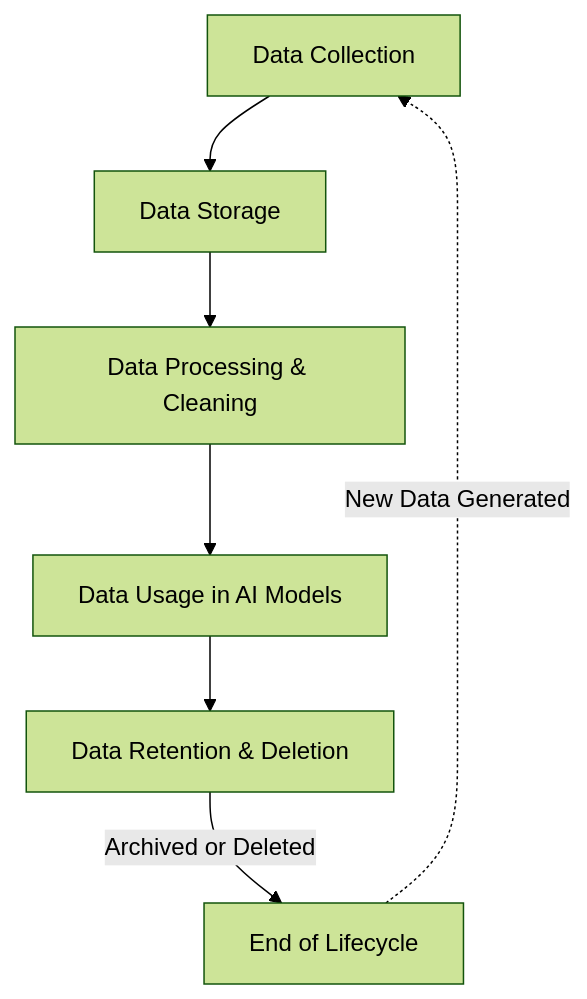
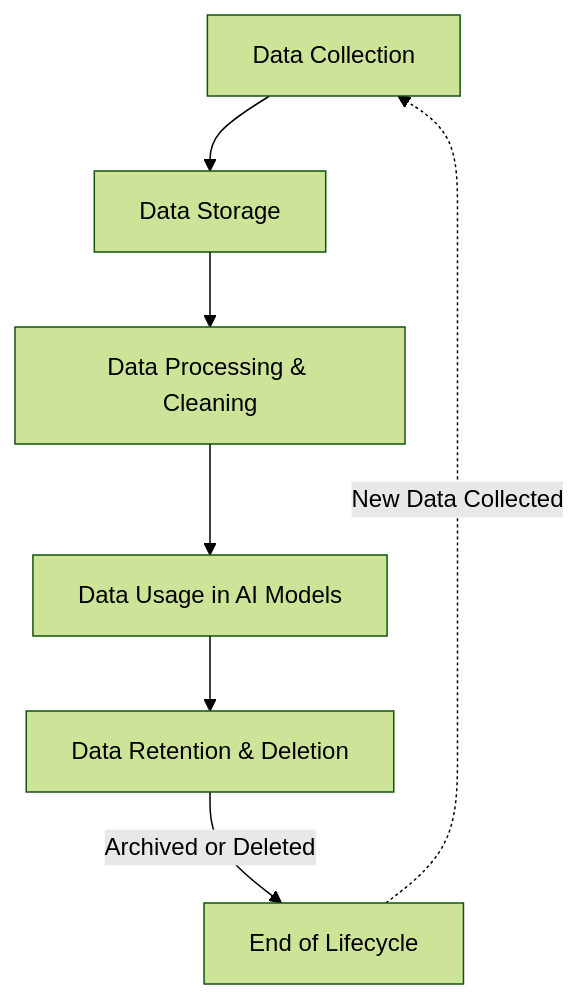
Before and after one commit to ga-curriculum/data-management-in-ai-projects: the diagram in microlesson-02/README.md, drawn with Mermaid (forest theme).

```diff
--- a/microlesson-02/README.md
+++ b/microlesson-02/README.md
@@ -27,10 +27,10 @@
 <div class="mermaid">
 graph TD;
     A[Data Collection] --> B[Data Storage];
     B --> C[Data Processing & Cleaning];
     C --> D[Data Usage in AI Models];
     D --> E[Data Retention & Deletion];
     E -->|Archived or Deleted| F[End of Lifecycle];
-    F -.->|New Data Generated| A;
+    F -.->|New Data Collected| A;
 
 </div>
```
